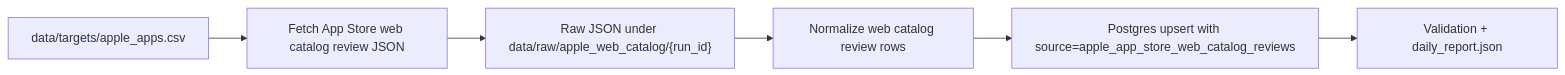
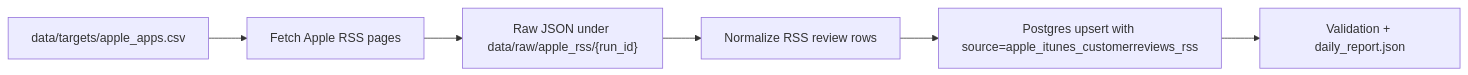
The second of 2 diagrams in README.md (XVvvVX-bot/app-store-review-pipeline), drawn with Mermaid before and after one commit. The commit also changed other lines of this file and 10 other files, not shown here.

Commit message:
Promote web catalog backfill path [skip ci]

````diff
--- a/README.md
+++ b/README.md
@@ -34,8 +34,8 @@
 ```mermaid
 flowchart LR
-    A["data/targets/apple_apps.csv"] --> B["Fetch App Store web catalog review JSON"]
-    B --> C["Raw JSON under data/raw/apple_web_catalog/{run_id}"]
-    C --> D["Normalize web catalog review rows"]
-    D --> E["Postgres upsert with source=apple_app_store_web_catalog_reviews"]
+    A["data/targets/apple_apps.csv"] --> B["Fetch Apple RSS pages"]
+    B --> C["Raw JSON under data/raw/apple_rss/{run_id}"]
+    C --> D["Normalize RSS review rows"]
+    D --> E["Postgres upsert with source=apple_itunes_customerreviews_rss"]
     E --> F["Validation + daily_report.json"]
 ```
````
